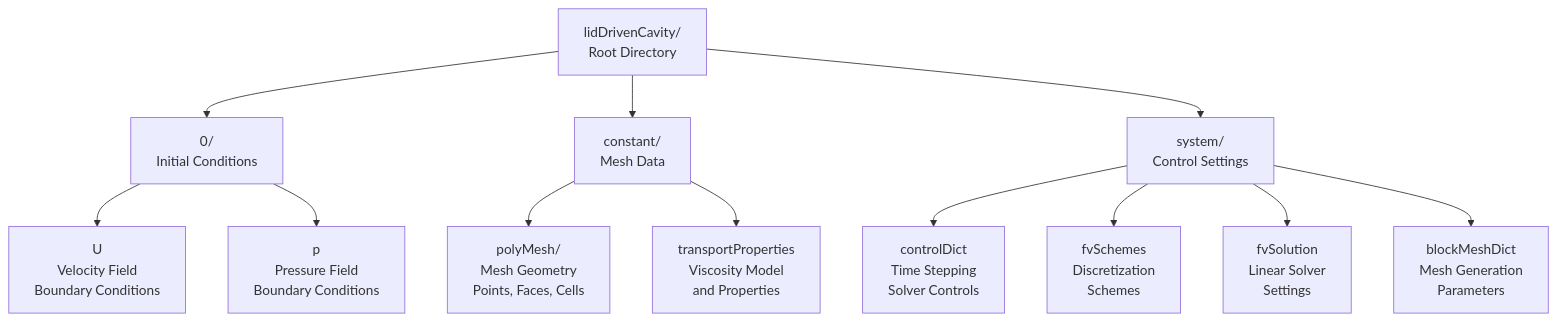
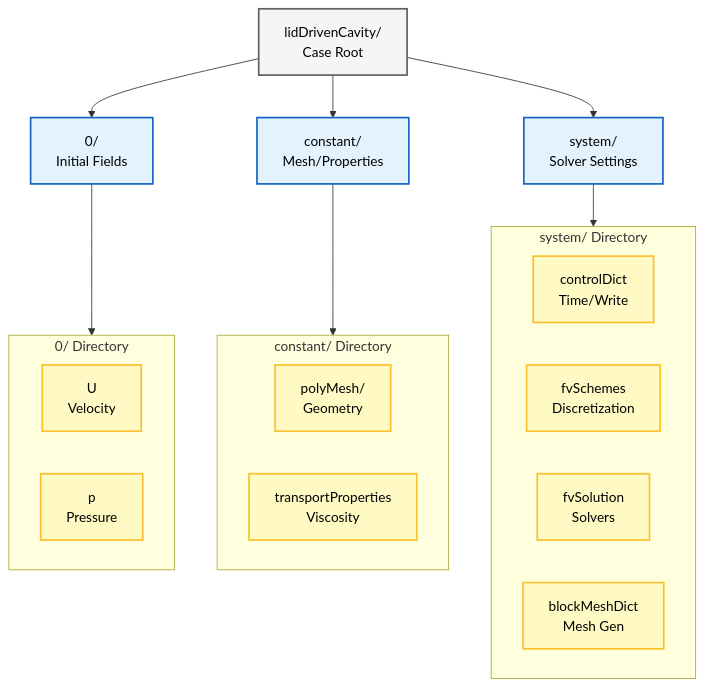
The second of 5 diagrams in MODULE_01_CFD_FUNDAMENTALS/CONTENT/04_FIRST_SIMULATION/04_Step-by-Step_Tutorial.md (wramet/build-my-cfd), drawn with Mermaid before and after one commit. The commit also changed other lines of this file and 313 other files, not shown here.

Commit message:
Revise all diagram

````diff
--- a/MODULE_01_CFD_FUNDAMENTALS/CONTENT/04_FIRST_SIMULATION/04_Step-by-Step_Tutorial.md
+++ b/MODULE_01_CFD_FUNDAMENTALS/CONTENT/04_FIRST_SIMULATION/04_Step-by-Step_Tutorial.md
@@ -75,17 +73,31 @@
 ```mermaid
-graph TD
-    A["lidDrivenCavity/<br/>Root Directory"] --> B["0/<br/>Initial Conditions"]
-    A --> C["constant/<br/>Mesh Data"]
-    A --> D["system/<br/>Control Settings"]
+flowchart TD
+    A["lidDrivenCavity/<br/>Case Root"]:::context --> B["0/<br/>Initial Fields"]:::implicit
+    A --> C["constant/<br/>Mesh/Properties"]:::implicit
+    A --> D["system/<br/>Solver Settings"]:::implicit
+    
+    subgraph ZeroFolder["0/ Directory"]
+        B1["U<br/>Velocity"]:::explicit
+        B2["p<br/>Pressure"]:::explicit
+    end
+    
+    subgraph ConstantFolder["constant/ Directory"]
+        C1["polyMesh/<br/>Geometry"]:::explicit
+        C2["transportProperties<br/>Viscosity"]:::explicit
+    end
+    
+    subgraph SystemFolder["system/ Directory"]
+        D1["controlDict<br/>Time/Write"]:::explicit
+        D2["fvSchemes<br/>Discretization"]:::explicit
+        D3["fvSolution<br/>Solvers"]:::explicit
+        D4["blockMeshDict<br/>Mesh Gen"]:::explicit
+    end
+    
+    B --> ZeroFolder
+    C --> ConstantFolder
+    D --> SystemFolder
 
-    B --> B1["U<br/>Velocity Field<br/>Boundary Conditions"]
-    B --> B2["p<br/>Pressure Field<br/>Boundary Conditions"]
-
-    C --> C1["polyMesh/<br/>Mesh Geometry<br/>Points, Faces, Cells"]
-    C --> C2["transportProperties<br/>Viscosity Model<br/>and Properties"]
-
-    D --> D1["controlDict<br/>Time Stepping<br/>Solver Controls"]
-    D --> D2["fvSchemes<br/>Discretization<br/>Schemes"]
-    D --> D3["fvSolution<br/>Linear Solver<br/>Settings"]
-    D --> D4["blockMeshDict<br/>Mesh Generation<br/>Parameters"]
+    classDef context fill:#f5f5f5,stroke:#616161,stroke-width:2px,color:#000;
+    classDef implicit fill:#e3f2fd,stroke:#1565c0,stroke-width:2px,color:#000;
+    classDef explicit fill:#fff9c4,stroke:#fbc02d,stroke-width:2px,color:#000;
 ```
````
